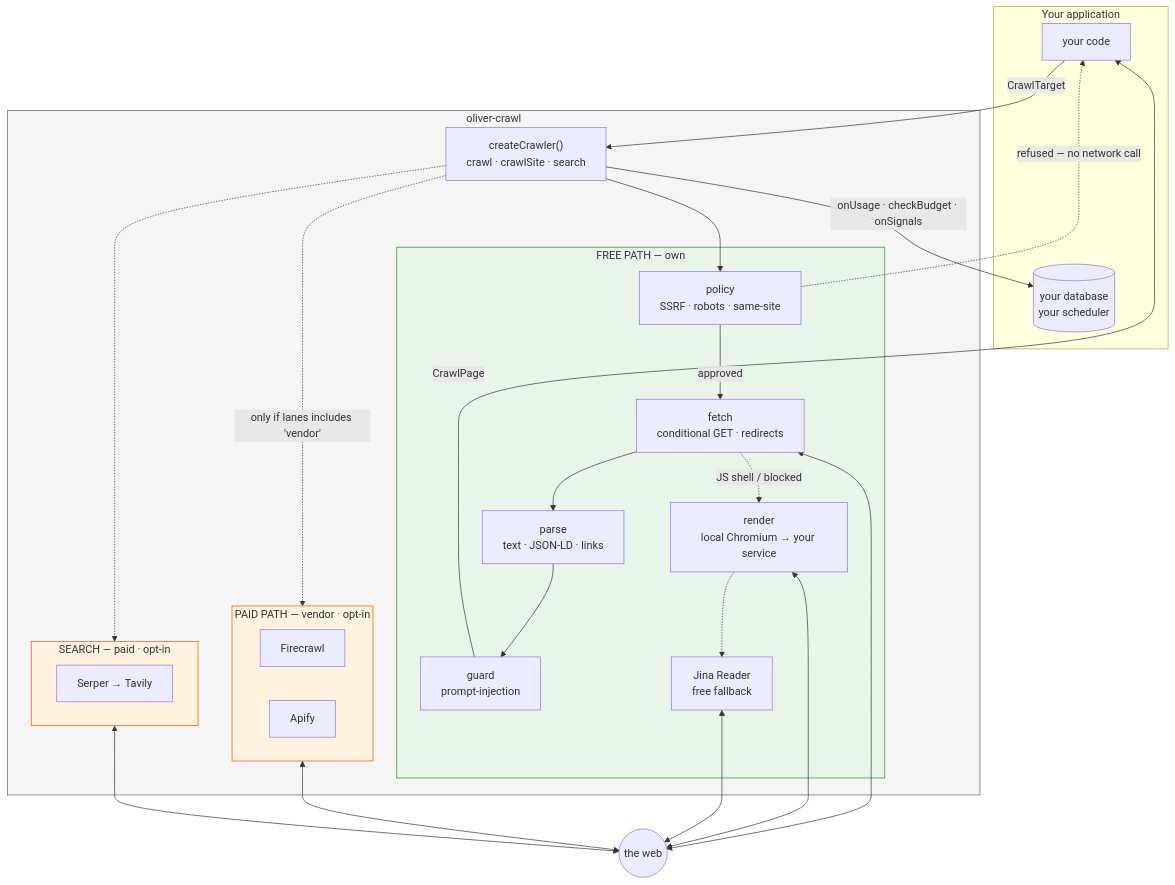
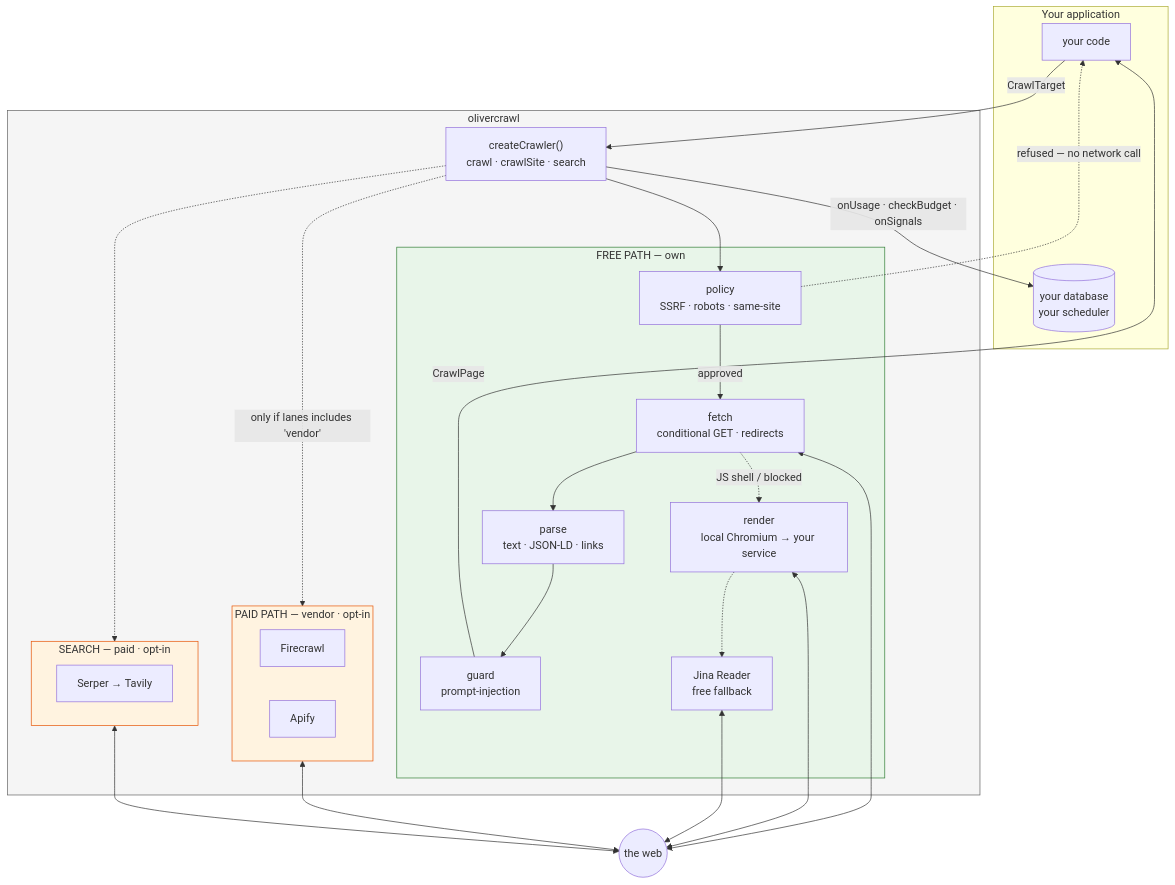
One commit to oliver-chase/oliver-crawl changed the first of 4 diagrams in docs/ARCHITECTURE.md. Above: the diagram before and after it, drawn with Mermaid. The commit also changed 14 other files, not shown here.

First line of the commit message:
Rename Oliver Crawl to OliverCrawl across the repo, docs and environment prefix (#91)

````diff
--- a/docs/ARCHITECTURE.md
+++ b/docs/ARCHITECTURE.md
@@ -7,54 +7,54 @@
 ```mermaid
 flowchart TB
     subgraph YOU["Your application"]
         APP["your code"]
         DB[("your database<br/>your scheduler")]
     end
 
-    subgraph PKG["oliver-crawl"]
+    subgraph PKG["olivercrawl"]
         API["createCrawler()<br/>crawl · crawlSite · search"]
 
         subgraph L1["FREE PATH — own"]
             POL["policy<br/>SSRF · robots · same-site"]
             FETCH["fetch<br/>conditional GET · redirects"]
             PARSE["parse<br/>text · JSON-LD · links"]
             GUARD["guard<br/>prompt-injection"]
             REND["render<br/>local Chromium → your service"]
             JINA["Jina Reader<br/>free fallback"]
         end
 
         subgraph L2["PAID PATH — vendor · opt-in"]
             FC["Firecrawl"]
             AP["Apify"]
         end
 
         subgraph S["SEARCH — paid · opt-in"]
             SP["Serper → Tavily"]
         end
     end
 
     WEB(("the web"))
 
     APP -->|"CrawlTarget"| API
     API --> POL
     POL -->|"approved"| FETCH
     POL -.->|"refused — no network call"| APP
     FETCH --> PARSE --> GUARD
     FETCH -.->|"JS shell / blocked"| REND -.-> JINA
     API -.->|"only if lanes includes 'vendor'"| L2
     API -.-> S
 
     FETCH <--> WEB
     REND <--> WEB
     JINA <--> WEB
     L2 <--> WEB
     S <--> WEB
 
     GUARD -->|"CrawlPage"| APP
     API -->|"onUsage · checkBudget · onSignals"| DB
 
     style L1 fill:#e8f5e9,stroke:#2e7d32
     style L2 fill:#fff3e0,stroke:#e65100
     style S fill:#fff3e0,stroke:#e65100
     style PKG fill:#f5f5f5,stroke:#616161
 ```
````
